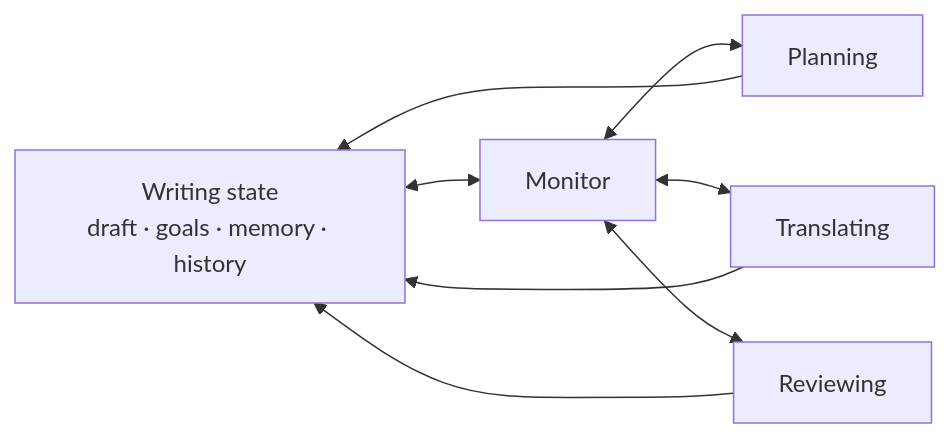
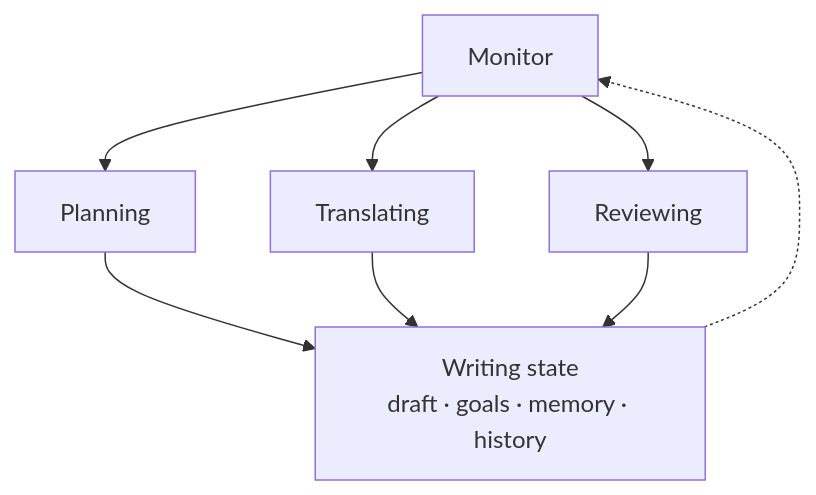
Before and after one commit to shunk031/agentic-cognitive-writing: the diagram in docs/index.md, drawn with Mermaid.

Commit message:
Simplify homepage Mermaid layout

````diff
--- a/docs/index.md
+++ b/docs/index.md
@@ -28,16 +28,18 @@
 ```mermaid
-flowchart LR
-    state["Writing state<br/>draft · goals · memory · history"]
+flowchart TB
     monitor["Monitor"]
     planning["Planning"]
     translating["Translating"]
     reviewing["Reviewing"]
+    state["Writing state<br/>draft · goals · memory · history"]
 
-    state <--> monitor
-    monitor <--> planning
-    monitor <--> translating
-    monitor <--> reviewing
+    monitor --> planning
+    monitor --> translating
+    monitor --> reviewing
+
     planning --> state
     translating --> state
     reviewing --> state
+
+    state -.-> monitor
 ```
````
